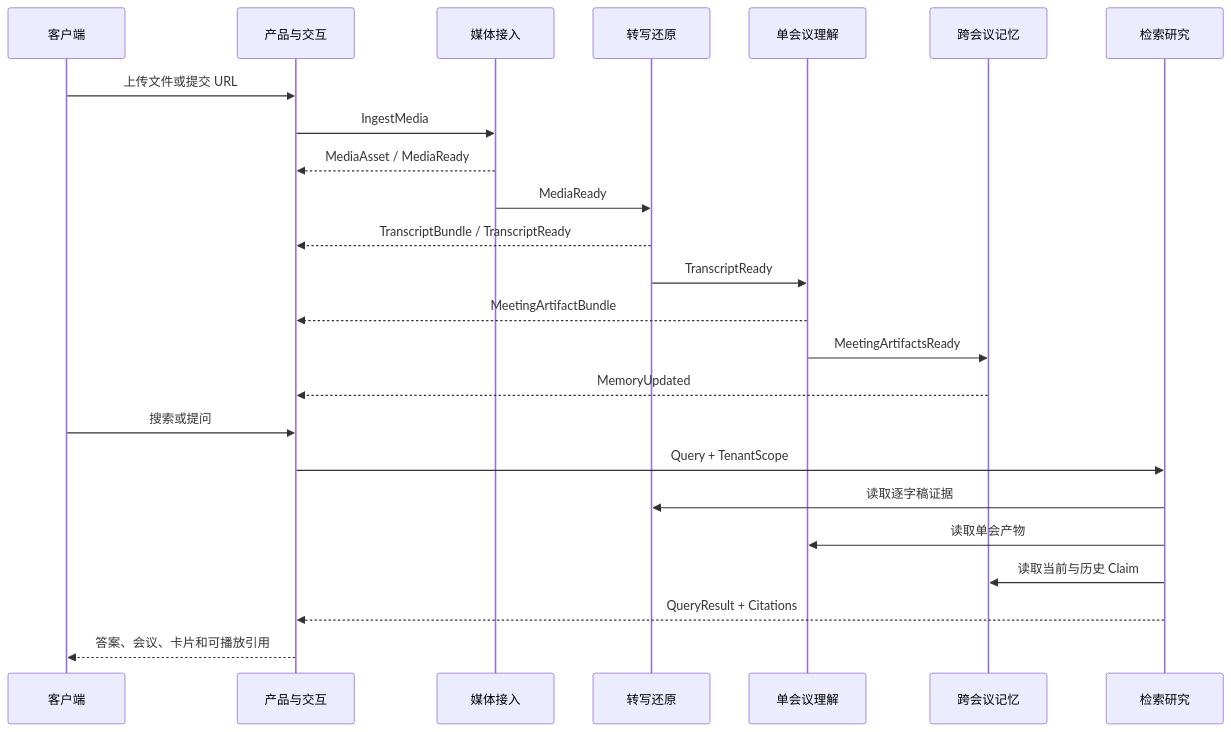
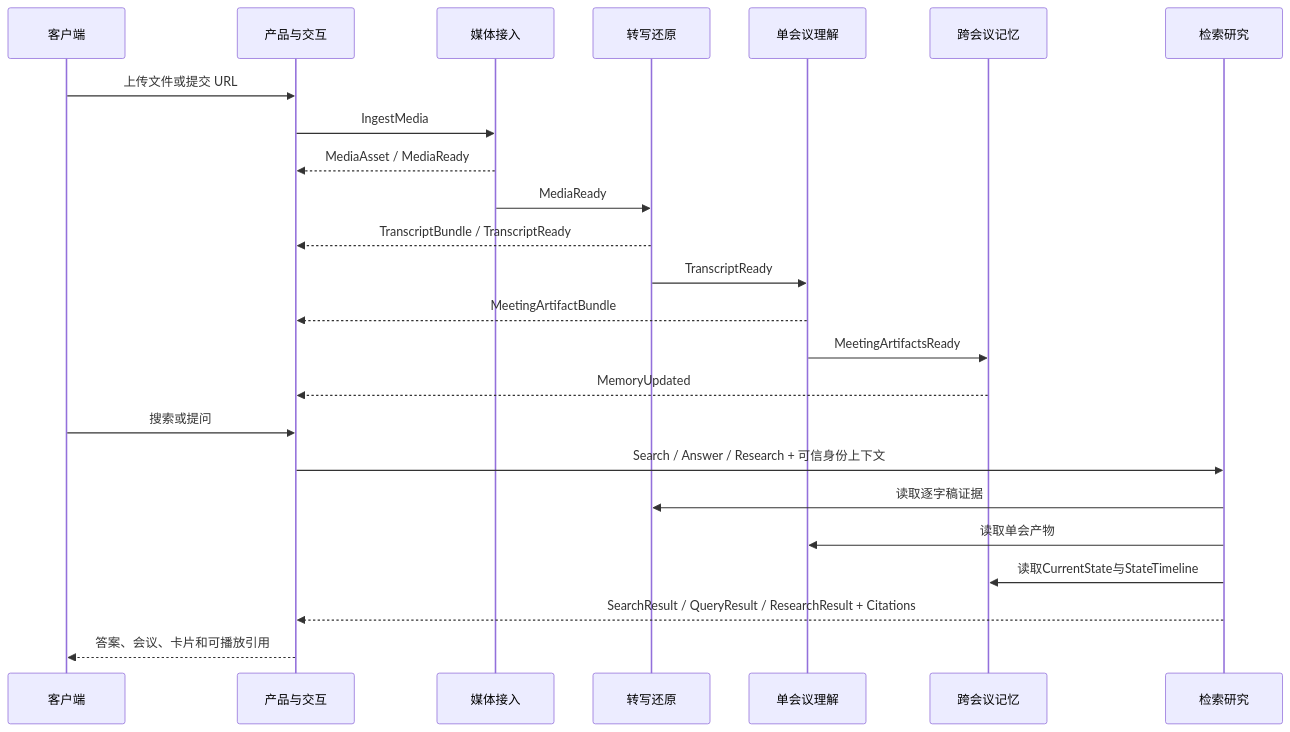
Before and after one commit to tianrking/NotaRitmo: the third of 3 diagrams in README.md, drawn with Mermaid. The commit also changed other lines of this file and 1 other file, not shown here.

Commit message:
docs: deepen retrieval and research architecture

````diff
--- a/README.md
+++ b/README.md
@@ -401,27 +406,27 @@
 ```mermaid
 sequenceDiagram
     participant U as 客户端
     participant P as 产品与交互
     participant M as 媒体接入
     participant T as 转写还原
     participant I as 单会议理解
     participant K as 跨会议记忆
     participant R as 检索研究
 
     U->>P: 上传文件或提交 URL
     P->>M: IngestMedia
     M-->>P: MediaAsset / MediaReady
     M->>T: MediaReady
     T-->>P: TranscriptBundle / TranscriptReady
     T->>I: TranscriptReady
     I-->>P: MeetingArtifactBundle
     I->>K: MeetingArtifactsReady
     K-->>P: MemoryUpdated
     U->>P: 搜索或提问
-    P->>R: Query + TenantScope
+    P->>R: Search / Answer / Research + 可信身份上下文
     R->>T: 读取逐字稿证据
     R->>I: 读取单会产物
-    R->>K: 读取当前与历史 Claim
-    R-->>P: QueryResult + Citations
+    R->>K: 读取CurrentState与StateTimeline
+    R-->>P: SearchResult / QueryResult / ResearchResult + Citations
     P-->>U: 答案、会议、卡片和可播放引用
 ```
````
